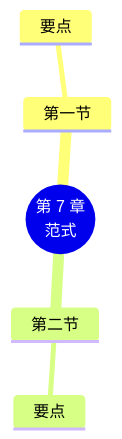
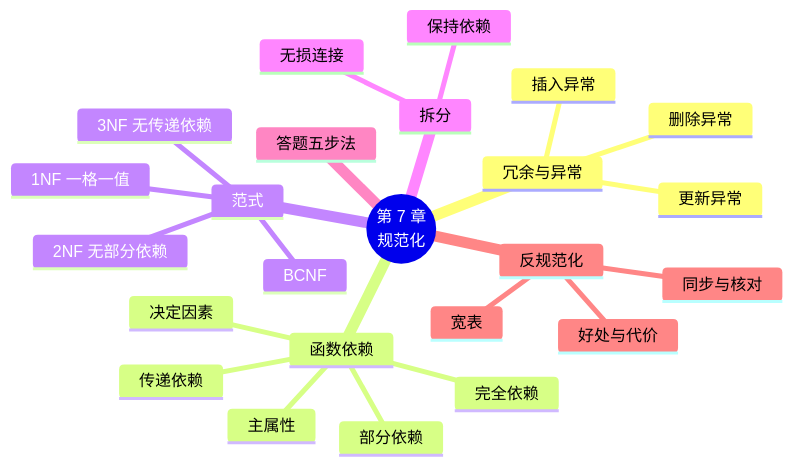
One commit to MingziFu9/database-textbook changed the second of 2 diagrams in docs/chapters/07-normalization/index.md. Above: the diagram before and after it, drawn with Mermaid. The commit also changed other lines of this file and 4 other files, not shown here.

````diff
--- a/docs/chapters/07-normalization/index.md
+++ b/docs/chapters/07-normalization/index.md
@@ -185,8 +638,27 @@
 ```mermaid
 mindmap
-  root((第 7 章<br/>范式))
-    第一节
-      要点
-    第二节
-      要点
+  root((第 7 章<br/>规范化))
+    冗余与异常
+      更新异常
+      删除异常
+      插入异常
+    函数依赖
+      决定因素
+      完全依赖
+      部分依赖
+      传递依赖
+      主属性
+    范式
+      1NF 一格一值
+      2NF 无部分依赖
+      3NF 无传递依赖
+      BCNF
+    拆分
+      无损连接
+      保持依赖
+    答题五步法
+    反规范化
+      好处与代价
+      同步与核对
+      宽表
 ```
````
